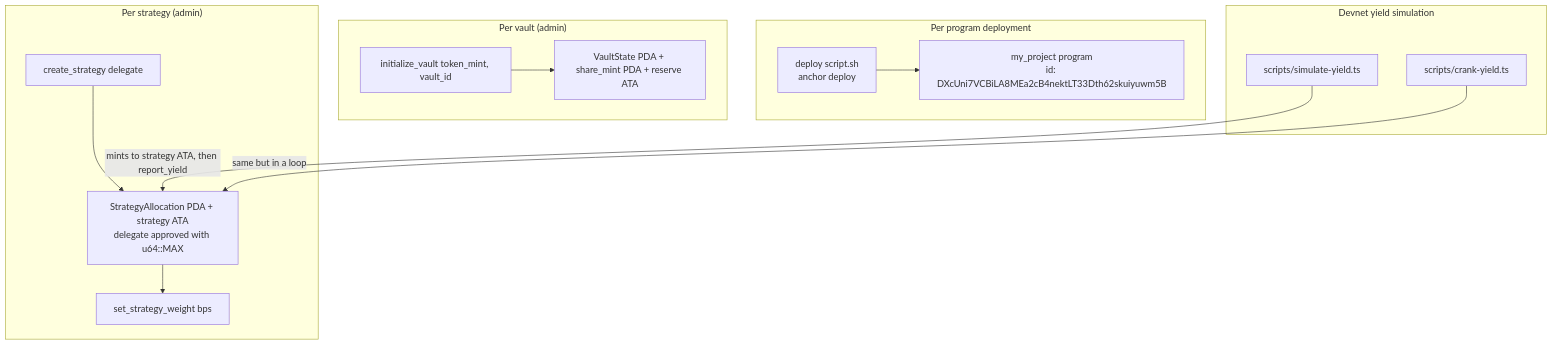
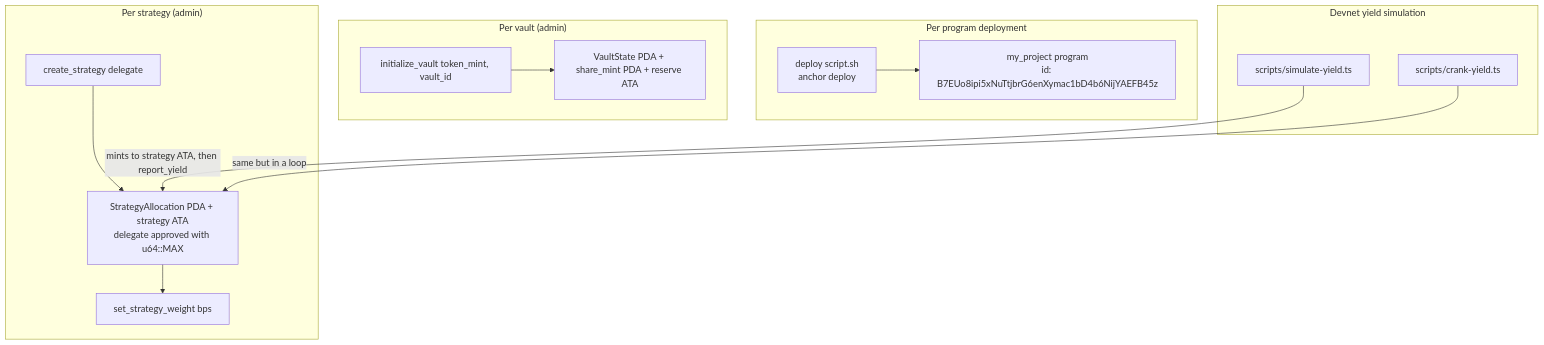
The eighth of 8 diagrams in docs/OVERVIEW.md (Erebor-Vault/erebor-solana), drawn with Mermaid before and after one commit. The commit also changed other lines of this file and 52 other files, not shown here.

````diff
--- a/docs/OVERVIEW.md
+++ b/docs/OVERVIEW.md
@@ -407,25 +437,25 @@
 ```mermaid
 flowchart TB
     subgraph Once["Per program deployment"]
         D[deploy script.sh<br/>anchor deploy]
-        D --> P[my_project program<br/>id: DXcUni7VCBiLA8MEa2cB4nektLT33Dth62skuiyuwm5B]
+        D --> P[my_project program<br/>id: B7EUo8ipi5xNuTtjbrG6enXymac1bD4b6NijYAEFB45z]
     end
 
     subgraph PerVault["Per vault (admin)"]
         IV[initialize_vault token_mint, vault_id]
         IV --> VS[VaultState PDA + share_mint PDA + reserve ATA]
     end
 
     subgraph PerStrategy["Per strategy (admin)"]
         CS[create_strategy delegate]
         CS --> ST[StrategyAllocation PDA + strategy ATA<br/>delegate approved with u64::MAX]
         ST --> SW[set_strategy_weight bps]
     end
 
     subgraph Testnet["Devnet yield simulation"]
         SY[scripts/simulate-yield.ts]
         CY[scripts/crank-yield.ts]
         SY -- mints to strategy ATA, then report_yield --> ST
         CY -- same but in a loop --> ST
     end
 ```
````
